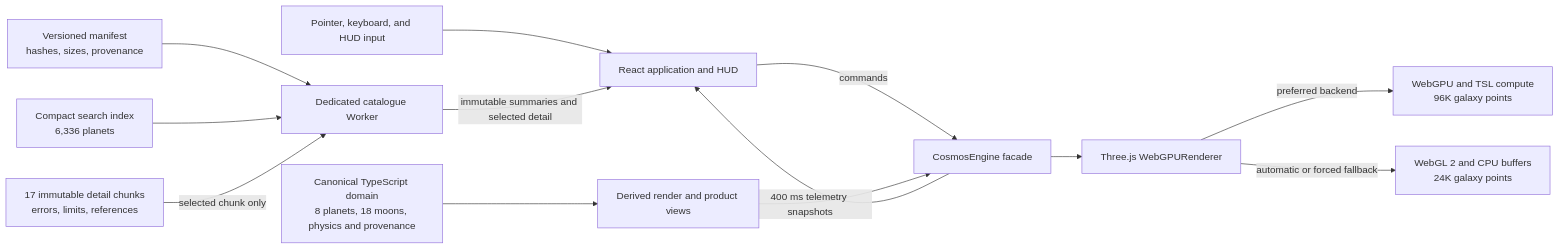
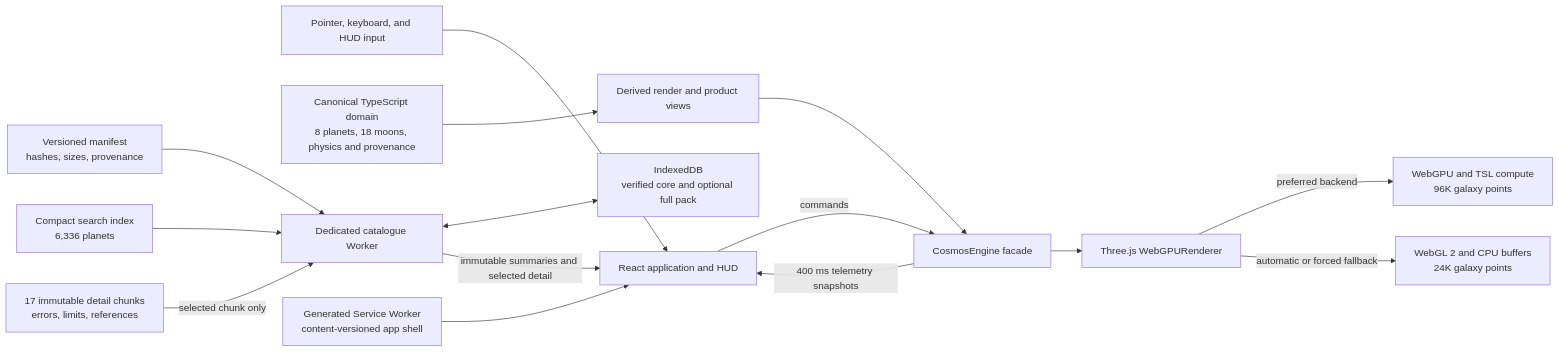
Before and after one commit to tianrking/SpaceEngine-Web: the diagram in README.md, drawn with Mermaid. The commit also changed other lines of this file and 15 other files, not shown here.

````diff
--- a/README.md
+++ b/README.md
@@ -181,15 +183,17 @@
 ```mermaid
 flowchart LR
   User["Pointer, keyboard, and HUD input"] --> UI["React application and HUD"]
   UI -->|commands| Engine["CosmosEngine facade"]
   Engine -->|400 ms telemetry snapshots| UI
   Domain["Canonical TypeScript domain<br/>8 planets, 18 moons, physics and provenance"] --> Catalog["Derived render and product views"]
   Catalog --> Engine
   Manifest["Versioned manifest<br/>hashes, sizes, provenance"] --> Worker["Dedicated catalogue Worker"]
   Index["Compact search index<br/>6,336 planets"] --> Worker
   Detail["17 immutable detail chunks<br/>errors, limits, references"] -->|selected chunk only| Worker
+  Worker <--> IDB["IndexedDB<br/>verified core and optional full pack"]
   Worker -->|immutable summaries and selected detail| UI
+  SW["Generated Service Worker<br/>content-versioned app shell"] --> UI
   Engine --> Renderer["Three.js WebGPURenderer"]
   Renderer -->|preferred backend| GPU["WebGPU and TSL compute<br/>96K galaxy points"]
   Renderer -->|automatic or forced fallback| GL["WebGL 2 and CPU buffers<br/>24K galaxy points"]
 ```
````
